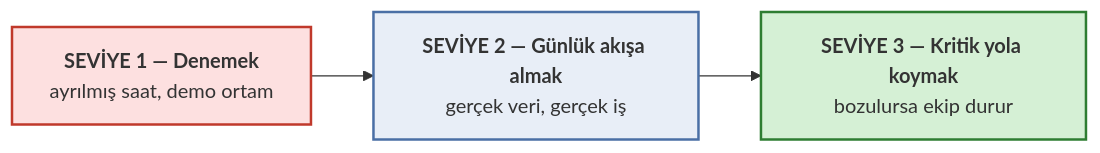
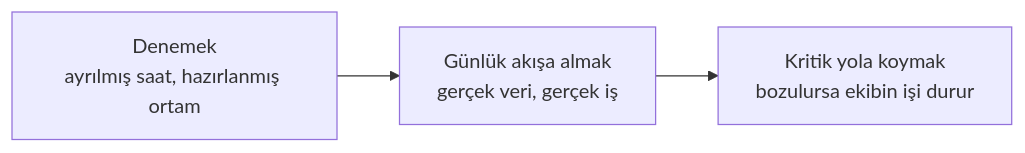
One commit to Mavrikant/mavrikant.github.io changed the diagram in _posts/2026-09-04-dogfooding-kendi-urununu-kullanmak.md. Above: the diagram before and after it, drawn with Mermaid. The commit also changed other lines of this file, not shown here.

```diff
--- a/_posts/2026-09-04-dogfooding-kendi-urununu-kullanmak.md
+++ b/_posts/2026-09-04-dogfooding-kendi-urununu-kullanmak.md
@@ -39,11 +39,5 @@
 <div class="mermaid">
 flowchart LR
-    S1["`**SEVİYE 1 — Denemek**
-    ayrılmış saat, demo ortam`"] --> S2["`**SEVİYE 2 — Günlük akışa almak**
-    gerçek veri, gerçek iş`"]
-    S2 --> S3["`**SEVİYE 3 — Kritik yola koymak**
-    bozulursa ekip durur`"]
-    style S1 fill:#fde0e0,stroke:#c0392b,stroke-width:2px
-    style S2 fill:#e8eef7,stroke:#4a6fa5,stroke-width:2px
-    style S3 fill:#d5f0d5,stroke:#2e7d32,stroke-width:2px
+    S1["Denemek<br/>ayrılmış saat, hazırlanmış ortam"] --> S2["Günlük akışa almak<br/>gerçek veri, gerçek iş"]
+    S2 --> S3["Kritik yola koymak<br/>bozulursa ekibin işi durur"]
 </div>
```
